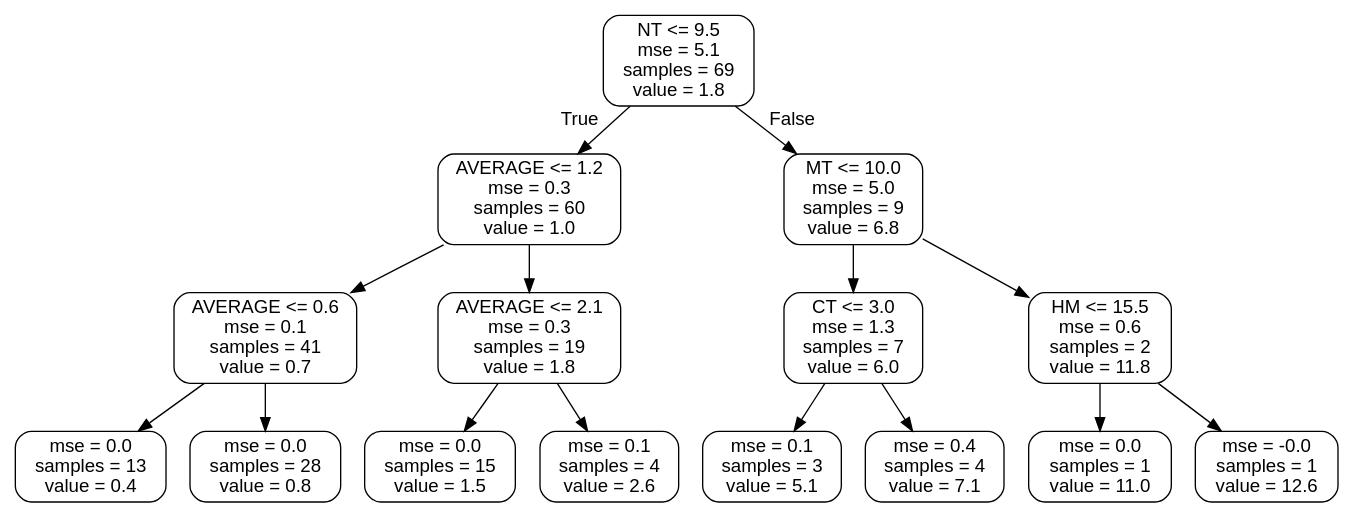
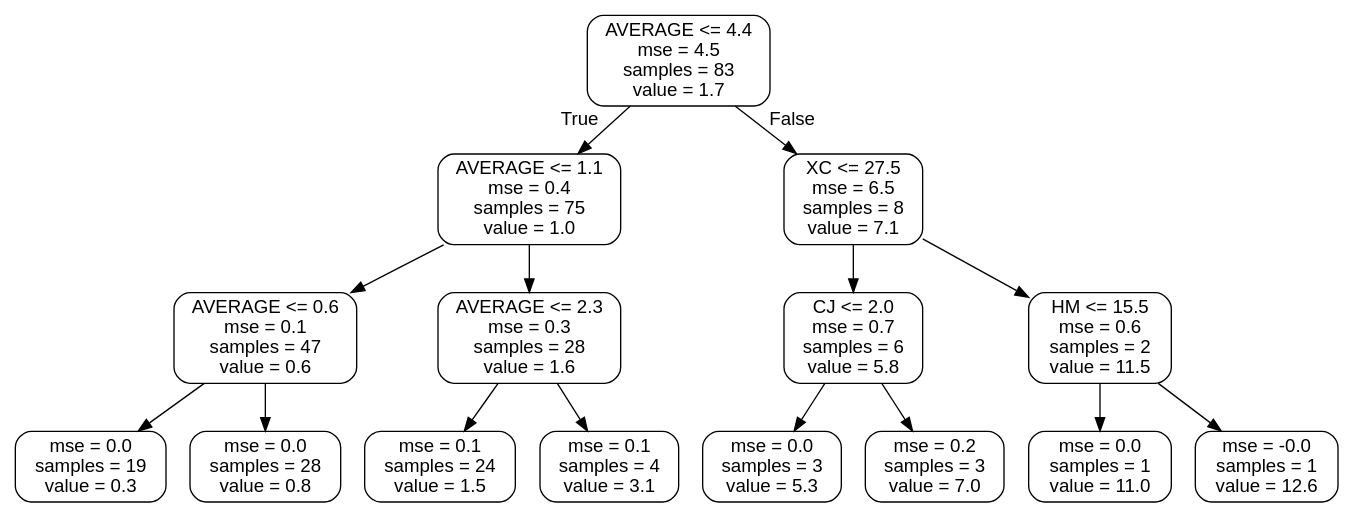
Before and after one commit to JRC2307/inteliDono: the diagram in small_tree.dot, drawn with Graphviz. The commit also changed 6016 other files, not shown here.

```diff
--- a/small_tree.dot
+++ b/small_tree.dot
@@ -1,33 +1,33 @@
 digraph Tree {
 node [shape=box, style="rounded", color="black", fontname=helvetica] ;
 edge [fontname=helvetica] ;
-0 [label="NT <= 9.5\nmse = 5.1\nsamples = 69\nvalue = 1.8"] ;
-1 [label="AVERAGE <= 1.2\nmse = 0.3\nsamples = 60\nvalue = 1.0"] ;
+0 [label="AVERAGE <= 4.4\nmse = 4.5\nsamples = 83\nvalue = 1.7"] ;
+1 [label="AVERAGE <= 1.1\nmse = 0.4\nsamples = 75\nvalue = 1.0"] ;
 0 -> 1 [labeldistance=2.5, labelangle=45, headlabel="True"] ;
-2 [label="AVERAGE <= 0.6\nmse = 0.1\nsamples = 41\nvalue = 0.7"] ;
+2 [label="AVERAGE <= 0.6\nmse = 0.1\nsamples = 47\nvalue = 0.6"] ;
 1 -> 2 ;
-3 [label="mse = 0.0\nsamples = 13\nvalue = 0.4"] ;
+3 [label="mse = 0.0\nsamples = 19\nvalue = 0.3"] ;
 2 -> 3 ;
 4 [label="mse = 0.0\nsamples = 28\nvalue = 0.8"] ;
 2 -> 4 ;
-5 [label="AVERAGE <= 2.1\nmse = 0.3\nsamples = 19\nvalue = 1.8"] ;
+5 [label="AVERAGE <= 2.3\nmse = 0.3\nsamples = 28\nvalue = 1.6"] ;
 1 -> 5 ;
-6 [label="mse = 0.0\nsamples = 15\nvalue = 1.5"] ;
+6 [label="mse = 0.1\nsamples = 24\nvalue = 1.5"] ;
 5 -> 6 ;
-7 [label="mse = 0.1\nsamples = 4\nvalue = 2.6"] ;
+7 [label="mse = 0.1\nsamples = 4\nvalue = 3.1"] ;
 5 -> 7 ;
-8 [label="MT <= 10.0\nmse = 5.0\nsamples = 9\nvalue = 6.8"] ;
+8 [label="XC <= 27.5\nmse = 6.5\nsamples = 8\nvalue = 7.1"] ;
 0 -> 8 [labeldistance=2.5, labelangle=-45, headlabel="False"] ;
-9 [label="CT <= 3.0\nmse = 1.3\nsamples = 7\nvalue = 6.0"] ;
+9 [label="CJ <= 2.0\nmse = 0.7\nsamples = 6\nvalue = 5.8"] ;
 8 -> 9 ;
-10 [label="mse = 0.1\nsamples = 3\nvalue = 5.1"] ;
+10 [label="mse = 0.0\nsamples = 3\nvalue = 5.3"] ;
 9 -> 10 ;
-11 [label="mse = 0.4\nsamples = 4\nvalue = 7.1"] ;
+11 [label="mse = 0.2\nsamples = 3\nvalue = 7.0"] ;
 9 -> 11 ;
-12 [label="HM <= 15.5\nmse = 0.6\nsamples = 2\nvalue = 11.8"] ;
+12 [label="HM <= 15.5\nmse = 0.6\nsamples = 2\nvalue = 11.5"] ;
 8 -> 12 ;
 13 [label="mse = 0.0\nsamples = 1\nvalue = 11.0"] ;
 12 -> 13 ;
 14 [label="mse = -0.0\nsamples = 1\nvalue = 12.6"] ;
 12 -> 14 ;
 }
```
